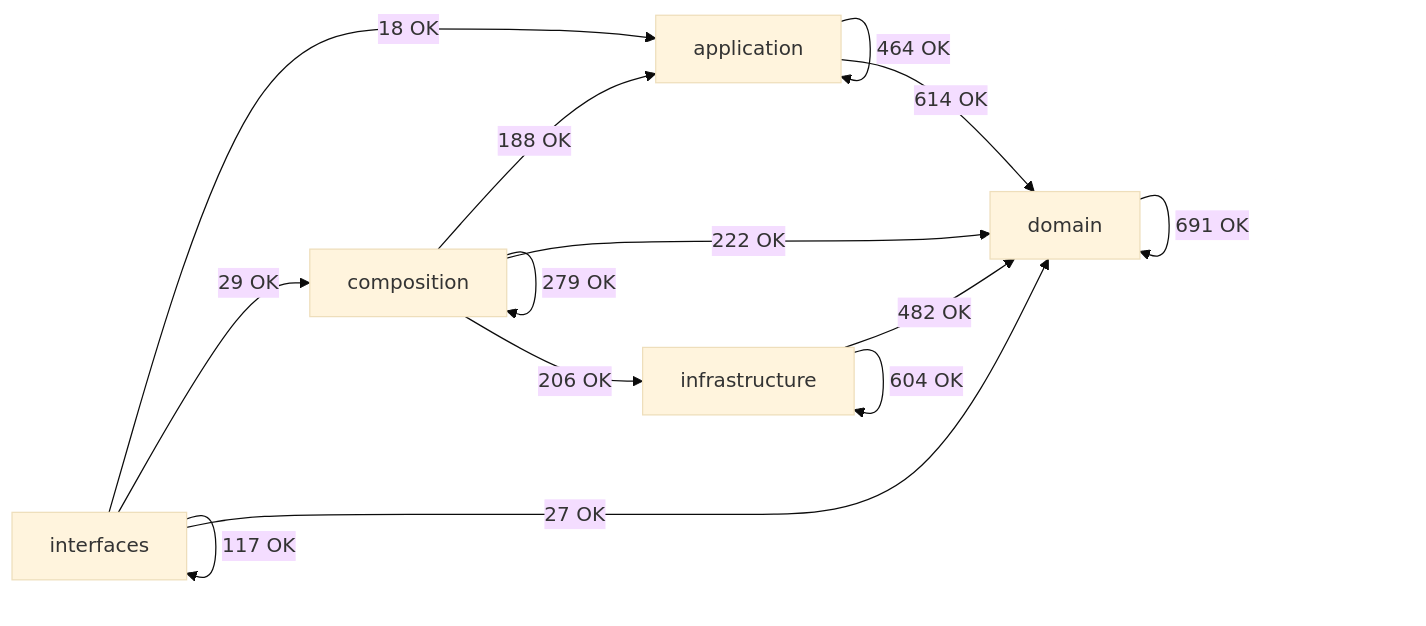
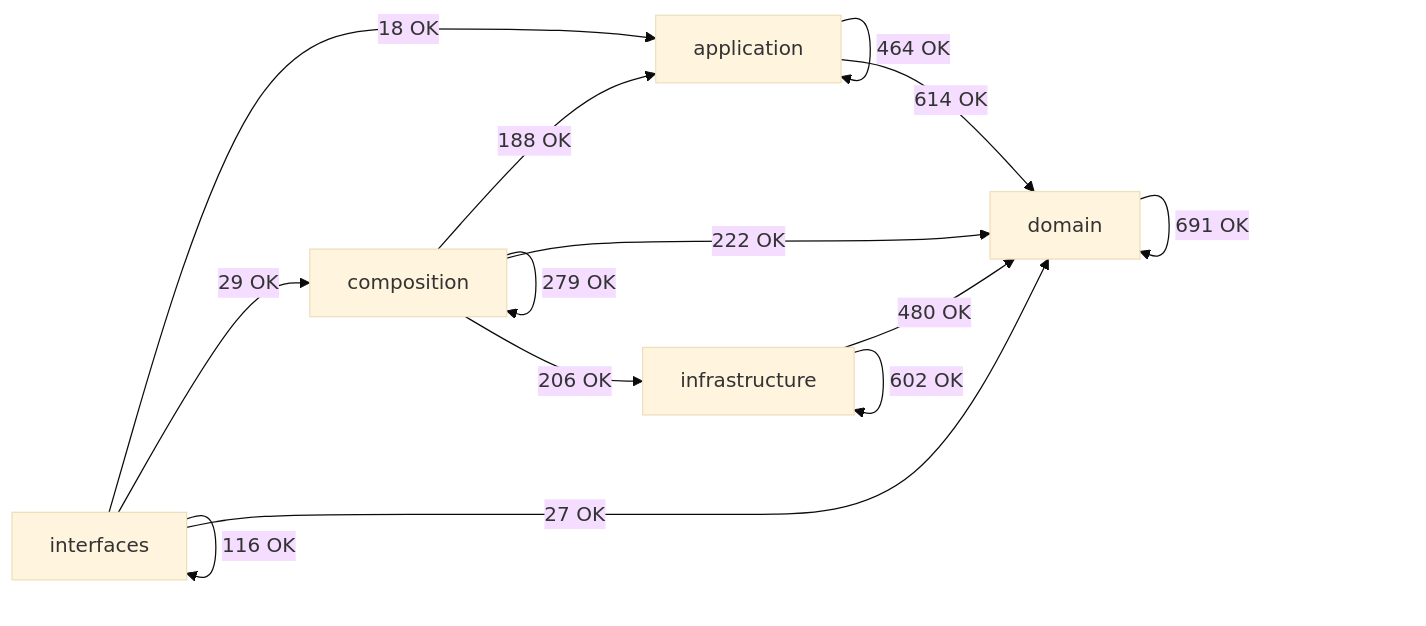
Before and after one commit to SatoryKono/BioactivityDataAcquisition: the diagram in docs/02-architecture/generated/module-dependency-map.md, drawn with Mermaid (base theme). The commit also changed other lines of this file and 49 other files, not shown here.

First line of the commit message:
feat(cli): add extensive unit tests for CLI commands and services [feat/mmd-diagrams-improvements]

````diff
--- a/docs/02-architecture/generated/module-dependency-map.md
+++ b/docs/02-architecture/generated/module-dependency-map.md
@@ -16,21 +16,21 @@
 ```mermaid
 flowchart LR
     domain[domain]
     application[application]
     infrastructure[infrastructure]
     composition[composition]
     interfaces[interfaces]
     application -->|464 OK| application
     application -->|614 OK| domain
     composition -->|188 OK| application
     composition -->|279 OK| composition
     composition -->|222 OK| domain
     composition -->|206 OK| infrastructure
     domain -->|691 OK| domain
-    infrastructure -->|482 OK| domain
-    infrastructure -->|604 OK| infrastructure
+    infrastructure -->|480 OK| domain
+    infrastructure -->|602 OK| infrastructure
     interfaces -->|18 OK| application
     interfaces -->|29 OK| composition
     interfaces -->|27 OK| domain
-    interfaces -->|117 OK| interfaces
+    interfaces -->|116 OK| interfaces
 ```
````
